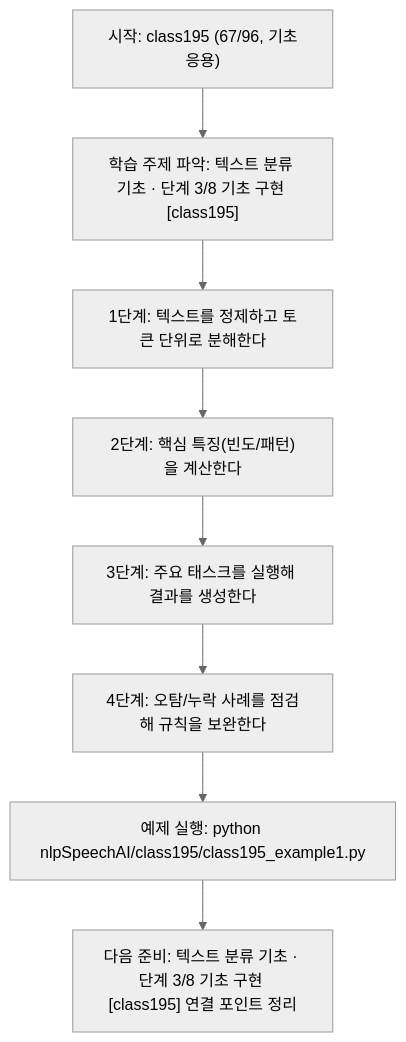
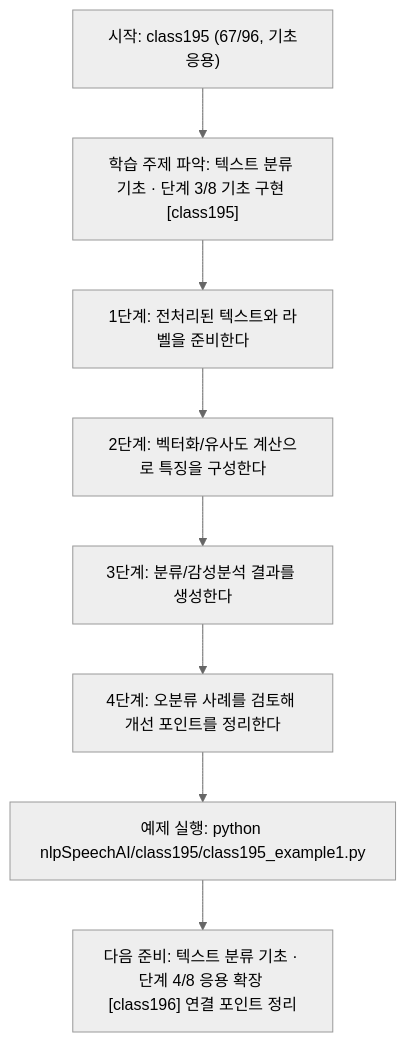
Before and after one commit to edumgt/Python-AI_Agent-Class: the diagram in nlpSpeechAI/class195/class195.md, drawn with Mermaid (neutral theme). The commit also changed other lines of this file and 1122 other files, not shown here.

````diff
--- a/nlpSpeechAI/class195/class195.md
+++ b/nlpSpeechAI/class195/class195.md
@@ -114,18 +95,18 @@
 ```mermaid
 flowchart TD
 N1["시작: class195 (67/96, 기초응용)"]
 N2["학습 주제 파악: 텍스트 분류 기초 · 단계 3/8 기초 구현 [class195]"]
-N3["1단계: 텍스트를 정제하고 토큰 단위로 분해한다"]
-N4["2단계: 핵심 특징(빈도/패턴)을 계산한다"]
-N5["3단계: 주요 태스크를 실행해 결과를 생성한다"]
-N6["4단계: 오탐/누락 사례를 점검해 규칙을 보완한다"]
+N3["1단계: 전처리된 텍스트와 라벨을 준비한다"]
+N4["2단계: 벡터화/유사도 계산으로 특징을 구성한다"]
+N5["3단계: 분류/감성분석 결과를 생성한다"]
+N6["4단계: 오분류 사례를 검토해 개선 포인트를 정리한다"]
 N7["예제 실행: python nlpSpeechAI/class195/class195_example1.py"]
-N8["다음 준비: 텍스트 분류 기초 · 단계 3/8 기초 구현 [class195] 연결 포인트 정리"]
+N8["다음 준비: 텍스트 분류 기초 · 단계 4/8 응용 확장 [class196] 연결 포인트 정리"]
 N1 --> N2
 N2 --> N3
 N3 --> N4
 N4 --> N5
 N5 --> N6
 N6 --> N7
 N7 --> N8
 ```
````
